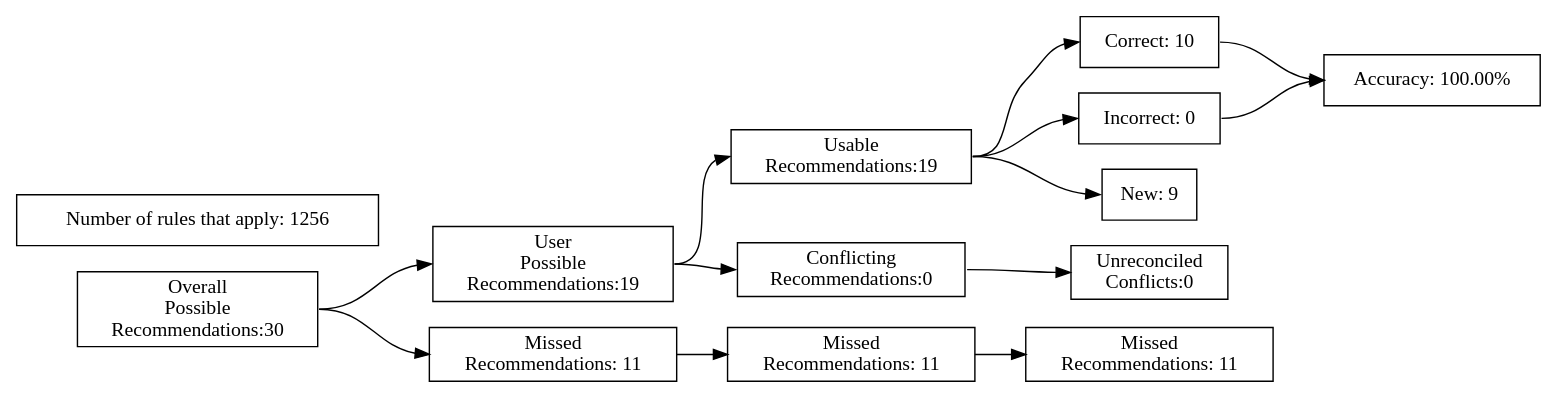
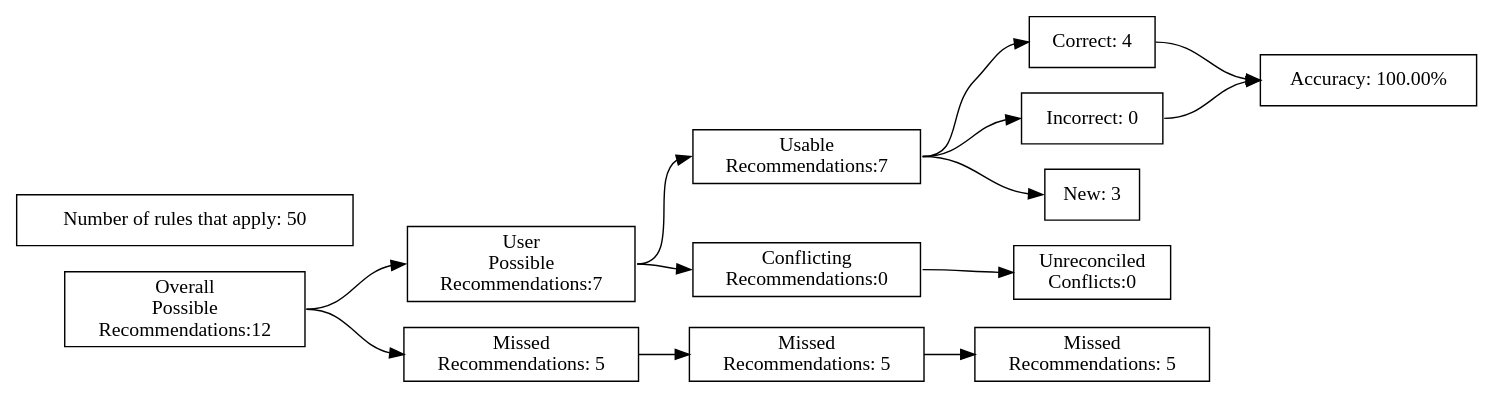
One commit to ZaxR/ibd_diet_analysis changed the diagram in test_renders/18.gv. Above: the diagram before and after it, drawn with Graphviz. The commit also changed 77 other files, not shown here.

```diff
--- a/test_renders/18.gv
+++ b/test_renders/18.gv
@@ -1,40 +1,40 @@
 digraph {
 	graph [rankdir=LR]
 	node [pos=r shape=box]
 	edge [headport=w tailport=e]
 		A [label="Overall
 Possible
-Recommendations:30"]
+Recommendations:12"]
 		B [label="User
 Possible
-Recommendations:19"]
+Recommendations:7"]
 		C [label="Missed
-Recommendations: 11"]
+Recommendations: 5"]
 		D [label="Usable
-Recommendations:19"]
+Recommendations:7"]
 		E [label="Conflicting
 Recommendations:0"]
 		J [label="Missed
-Recommendations: 11"]
+Recommendations: 5"]
 		M [label="Unreconciled
 Conflicts:0"]
-		F [label="Correct: 10"]
+		F [label="Correct: 4"]
 		G [label="Incorrect: 0"]
-		H [label="New: 9"]
+		H [label="New: 3"]
 		K [label="Missed
-Recommendations: 11"]
+Recommendations: 5"]
 		I [label="Accuracy: 100.00%"]
-		l [label="Number of rules that apply: 1256"]
+		l [label="Number of rules that apply: 50"]
 			A -> B
 			A -> C
 			B -> D
 			B -> E
 			D -> F
 			D -> G
 			D -> H
 			F -> I
 			G -> I
 			C -> J
 			J -> K
 			E -> M
 }
```
